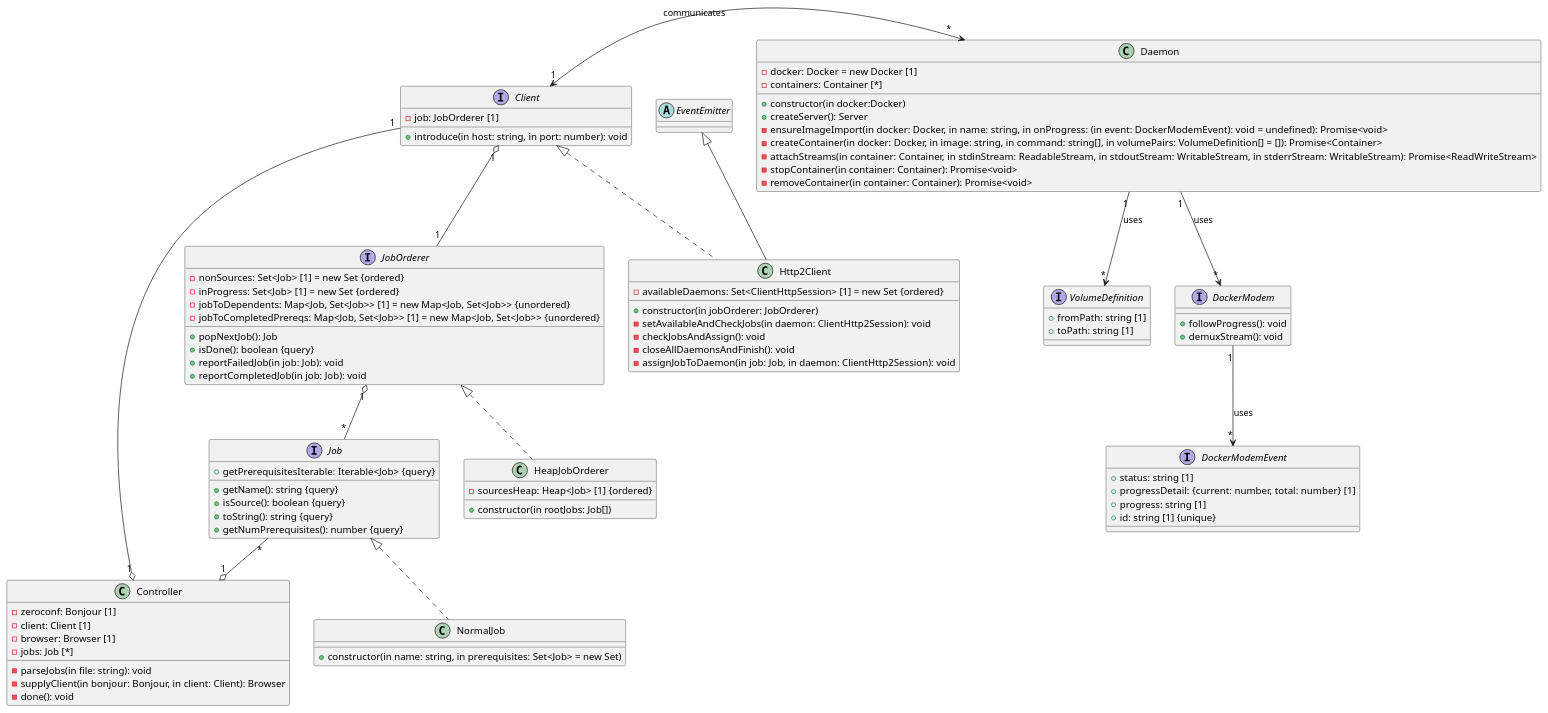
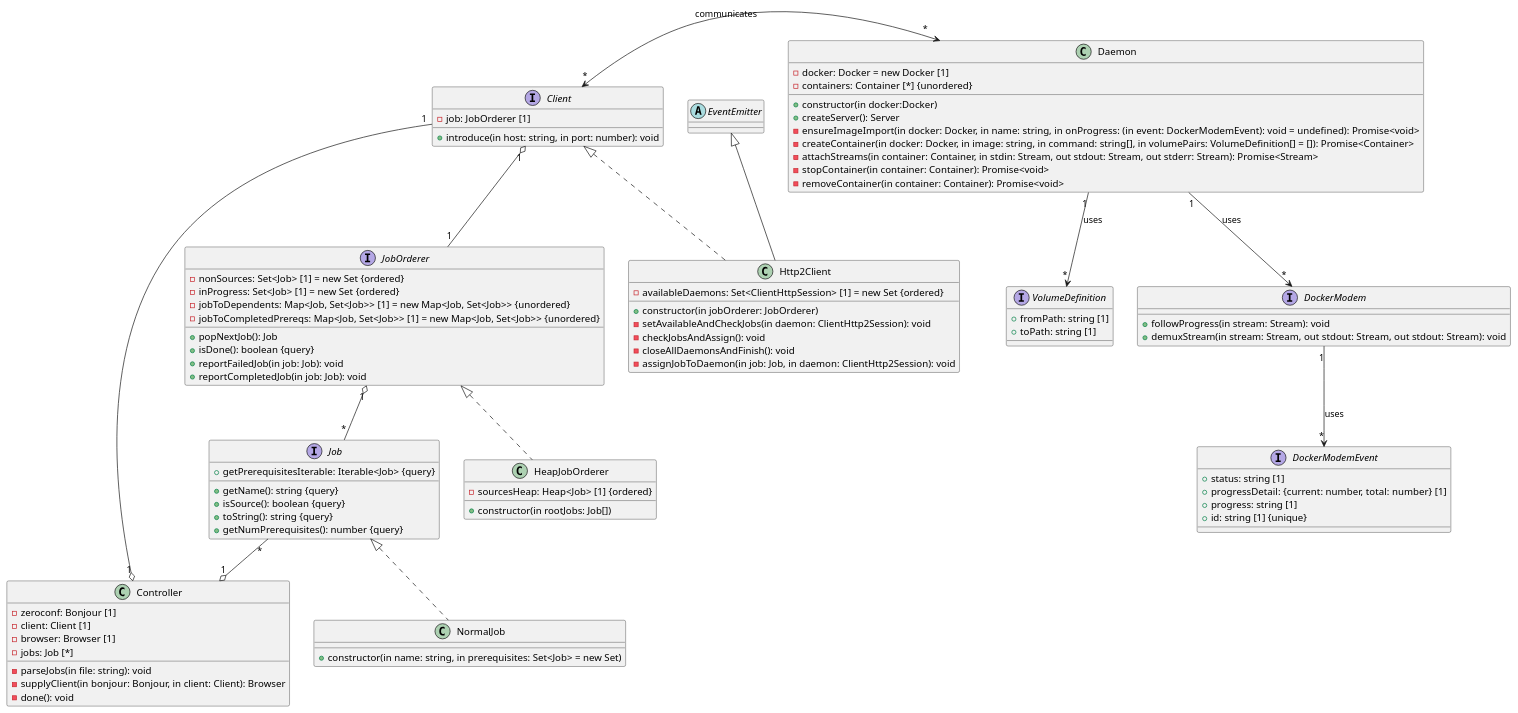
Before and after one commit to cs130-w21/1: the diagram in Class/class.plantuml, drawn with PlantUML.

Commit message:
A few minor changes

```diff
--- a/Class/class.plantuml
+++ b/Class/class.plantuml
@@ -1,93 +1,93 @@
 @startuml
 class Controller{
 - zeroconf: Bonjour [1]
 - client: Client [1]
 - browser: Browser [1]
 - jobs: Job [*]
 - parseJobs(in file: string): void
 -supplyClient(in bonjour: Bonjour, in client: Client): Browser
 -done(): void
 }
 
 interface Job{
 +getName(): string {query}
 +getPrerequisitesIterable: Iterable<Job> {query}
 +isSource(): boolean {query}
 +toString(): string {query}
 +getNumPrerequisites(): number {query}
 }
 
 Job "*" --o "1" Controller
 
 class NormalJob implements Job{
 +constructor(in name: string, in prerequisites: Set<Job> = new Set)
 }
 
 interface JobOrderer{
 - nonSources: Set<Job> [1] = new Set {ordered}
 - inProgress: Set<Job> [1] = new Set {ordered}
 - jobToDependents: Map<Job, Set<Job>> [1] = new Map<Job, Set<Job>> {unordered}
 - jobToCompletedPrereqs: Map<Job, Set<Job>> [1] = new Map<Job, Set<Job>> {unordered}
 +popNextJob(): Job
 +isDone(): boolean {query}
 +reportFailedJob(in job: Job): void
 +reportCompletedJob(in job: Job): void
 }
 
 class HeapJobOrderer implements JobOrderer{
 - sourcesHeap: Heap<Job> [1] {ordered}
 + constructor(in rootJobs: Job[])
 }
 
 JobOrderer "1" o-- "*" Job
 Client "1" --o "1" Controller
 
 interface Client{
 -job: JobOrderer [1]
 +introduce(in host: string, in port: number): void
 }
 
 abstract class EventEmitter
 class Http2Client extends EventEmitter implements Client {
 -availableDaemons: Set<ClientHttpSession> [1] = new Set {ordered}
 +constructor(in jobOrderer: JobOrderer)
 -setAvailableAndCheckJobs(in daemon: ClientHttp2Session): void
 -checkJobsAndAssign(): void
 -closeAllDaemonsAndFinish(): void
 -assignJobToDaemon(in job: Job, in daemon: ClientHttp2Session): void
 }
 
 Client "1" o-- "1" JobOrderer
 
 interface DockerModemEvent{
 +status: string [1]
 +progressDetail: {current: number, total: number} [1]
 +progress: string [1]
 +id: string [1] {unique}
 }
 interface DockerModem{
-+followProgress(): void
-+demuxStream(): void
++followProgress(in stream: Stream): void
++demuxStream(in stream: Stream, out stdout: Stream, out stdout: Stream): void
 }
 DockerModem "1" --> "*" DockerModemEvent : uses
 interface VolumeDefinition{
 +fromPath: string [1]
 +toPath: string [1]
 }
 
 class Daemon{
 -docker: Docker = new Docker [1]
--containers: Container [*]
+-containers: Container [*] {unordered}
 +constructor(in docker:Docker)
 +createServer(): Server
 -ensureImageImport(in docker: Docker, in name: string, in onProgress: (in event: DockerModemEvent): void = undefined): Promise<void>
 -createContainer(in docker: Docker, in image: string, in command: string[], in volumePairs: VolumeDefinition[] = []): Promise<Container>
--attachStreams(in container: Container, in stdinStream: ReadableStream, in stdoutStream: WritableStream, in stderrStream: WritableStream): Promise<ReadWriteStream>
+-attachStreams(in container: Container, in stdin: Stream, out stdout: Stream, out stderr: Stream): Promise<Stream>
 -stopContainer(in container: Container): Promise<void>
 -removeContainer(in container: Container): Promise<void>
 }
 Daemon "1" --> "*" VolumeDefinition : uses
 Daemon "1" --> "*" DockerModem : uses
 
-Client "1" <-> "*" Daemon : communicates
+Client "*" <-> "*" Daemon : communicates
 @enduml
```
